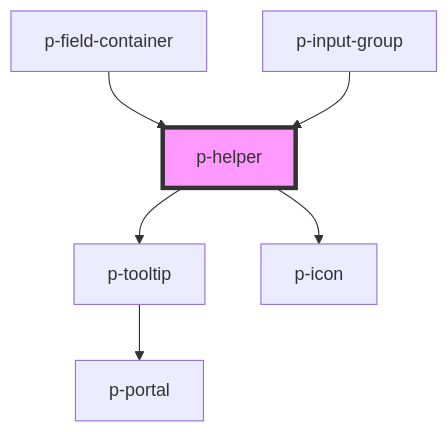
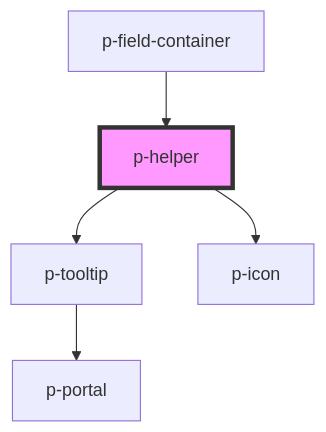
Before and after one commit to Employes/Paperless: the diagram in packages/core/src/components/atoms/helper/readme.md, drawn with Mermaid. The commit also changed other lines of this file and 69 other files, not shown here.

````diff
--- a/packages/core/src/components/atoms/helper/readme.md
+++ b/packages/core/src/components/atoms/helper/readme.md
@@ -29,9 +28,8 @@
 ```mermaid
 graph TD;
   p-helper --> p-tooltip
   p-helper --> p-icon
   p-tooltip --> p-portal
   p-field-container --> p-helper
-  p-input-group --> p-helper
   style p-helper fill:#f9f,stroke:#333,stroke-width:4px
 ```
````
